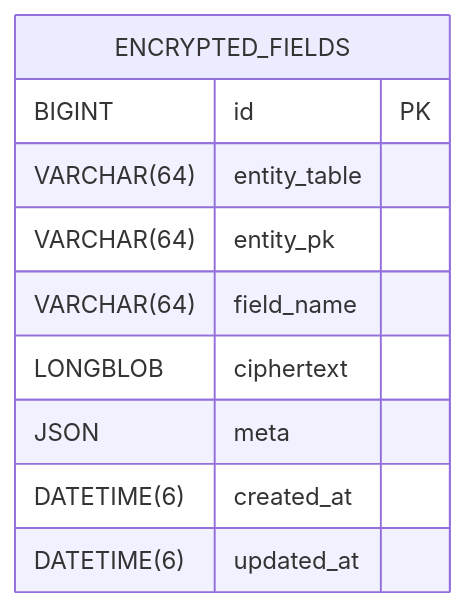
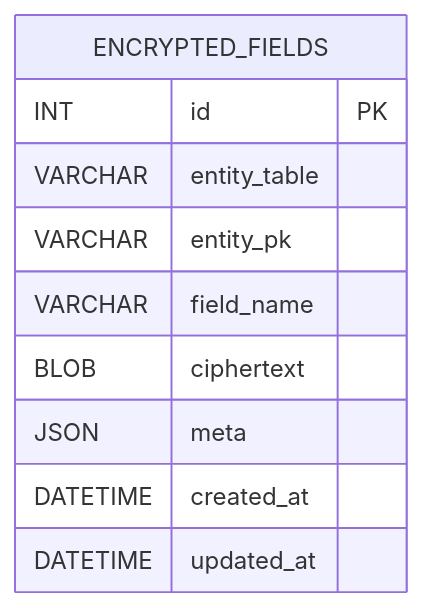
The diagram in README.md (blackcatdatabase/table-encrypted-fields), drawn with Mermaid before and after one commit. The commit also changed other lines of this file, not shown here.

Commit message:
chore(schema): add/update generated schema + README (umbrella sync)

````diff
--- a/README.md
+++ b/README.md
@@ -52,13 +52,13 @@
 ```mermaid
 erDiagram
   ENCRYPTED_FIELDS {
-    BIGINT id PK
-    VARCHAR(64) entity_table
-    VARCHAR(64) entity_pk
-    VARCHAR(64) field_name
-    LONGBLOB ciphertext
+    INT id PK
+    VARCHAR entity_table
+    VARCHAR entity_pk
+    VARCHAR field_name
+    BLOB ciphertext
     JSON meta
-    DATETIME(6) created_at
-    DATETIME(6) updated_at
+    DATETIME created_at
+    DATETIME updated_at
   }
 ```
````
